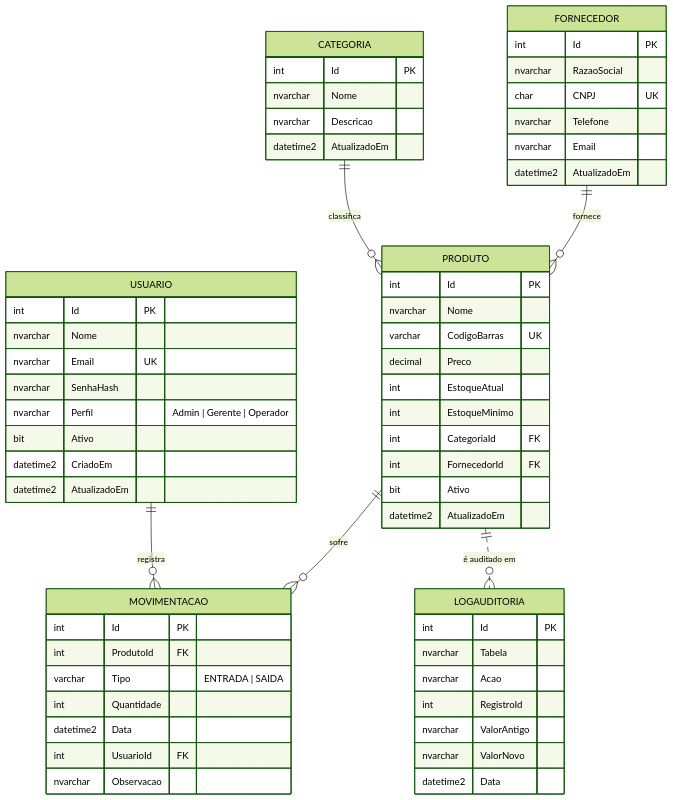
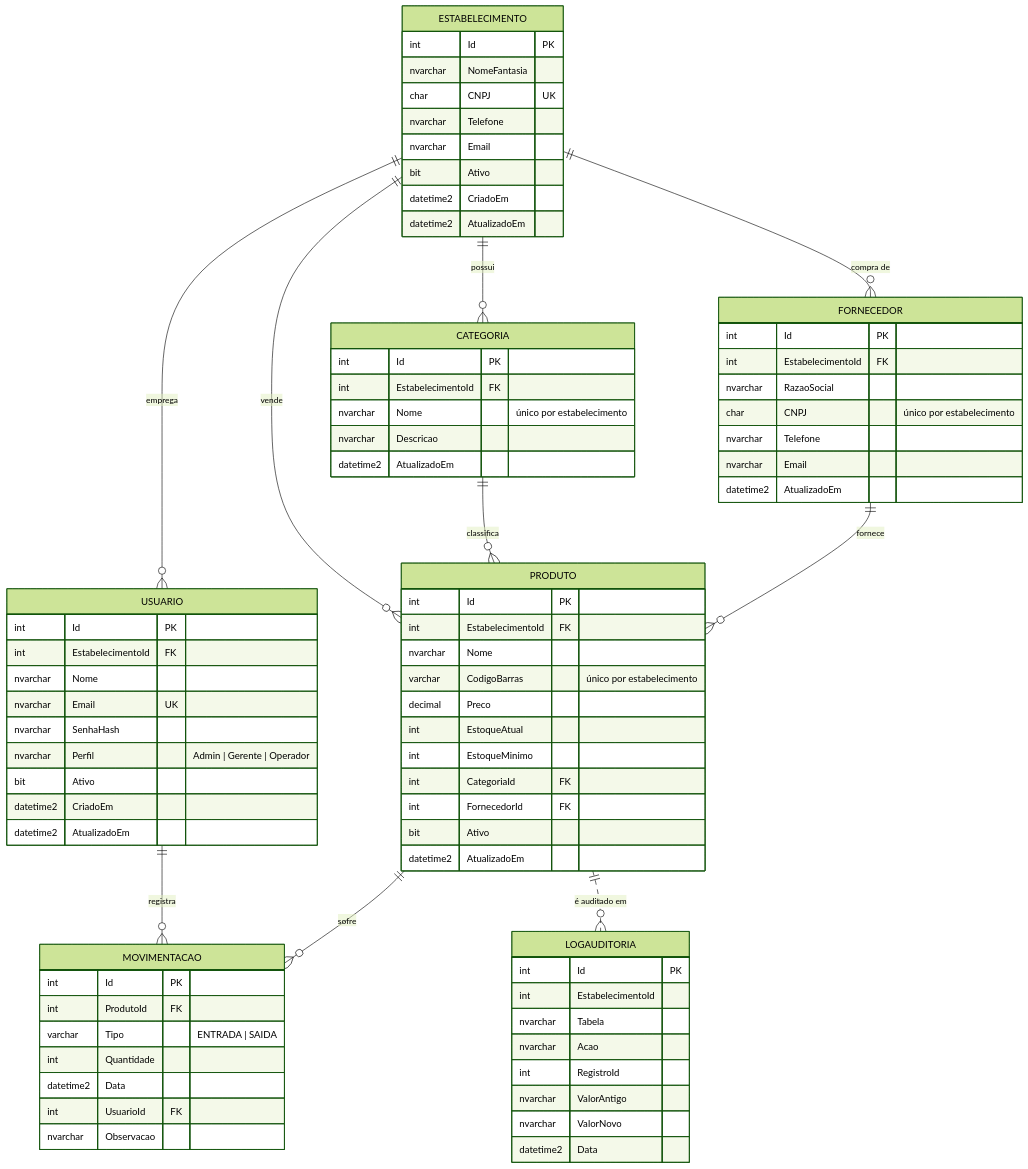
One commit to kaiquethomaz/PIM-4 changed the diagram in docs/mer.md. Above: the diagram before and after it, drawn with Mermaid (forest theme). The commit also changed other lines of this file and 59 other files, not shown here.

````diff
--- a/docs/mer.md
+++ b/docs/mer.md
@@ -6,13 +6,29 @@
 ```mermaid
 erDiagram
+    ESTABELECIMENTO ||--o{ USUARIO : "emprega"
+    ESTABELECIMENTO ||--o{ CATEGORIA : "possui"
+    ESTABELECIMENTO ||--o{ FORNECEDOR : "compra de"
+    ESTABELECIMENTO ||--o{ PRODUTO : "vende"
     USUARIO ||--o{ MOVIMENTACAO : "registra"
     PRODUTO ||--o{ MOVIMENTACAO : "sofre"
     CATEGORIA ||--o{ PRODUTO : "classifica"
     FORNECEDOR ||--o{ PRODUTO : "fornece"
     PRODUTO ||..o{ LOGAUDITORIA : "é auditado em"
 
+    ESTABELECIMENTO {
+        int Id PK
+        nvarchar NomeFantasia
+        char CNPJ UK
+        nvarchar Telefone
+        nvarchar Email
+        bit Ativo
+        datetime2 CriadoEm
+        datetime2 AtualizadoEm
+    }
+
     USUARIO {
         int Id PK
+        int EstabelecimentoId FK
         nvarchar Nome
         nvarchar Email UK
         nvarchar SenhaHash
@@ -24,15 +40,17 @@
 
     CATEGORIA {
         int Id PK
-        nvarchar Nome
+        int EstabelecimentoId FK
+        nvarchar Nome "único por estabelecimento"
         nvarchar Descricao
         datetime2 AtualizadoEm
     }
 
     FORNECEDOR {
         int Id PK
+        int EstabelecimentoId FK
         nvarchar RazaoSocial
-        char CNPJ UK
+        char CNPJ "único por estabelecimento"
         nvarchar Telefone
         nvarchar Email
         datetime2 AtualizadoEm
@@ -40,8 +58,9 @@
 
     PRODUTO {
         int Id PK
+        int EstabelecimentoId FK
         nvarchar Nome
-        varchar CodigoBarras UK
+        varchar CodigoBarras "único por estabelecimento"
         decimal Preco
         int EstoqueAtual
         int EstoqueMinimo
@@ -63,6 +82,7 @@
 
     LOGAUDITORIA {
         int Id PK
+        int EstabelecimentoId
         nvarchar Tabela
         nvarchar Acao
         int RegistroId
````
